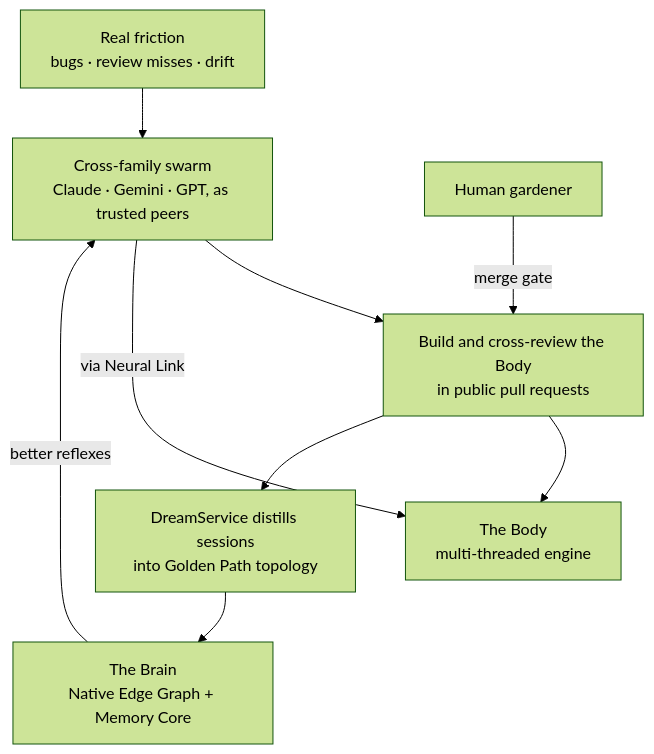
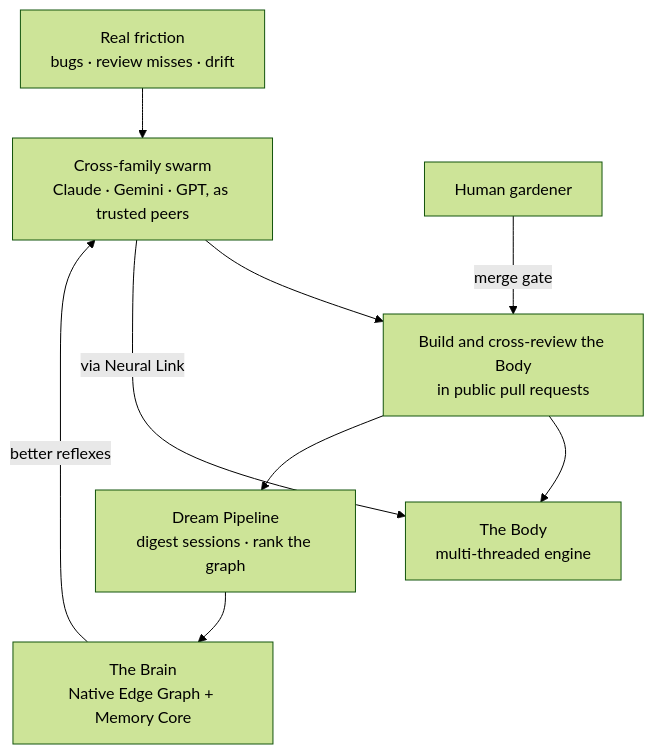
The diagram in learn/benefits/Introduction.md (neomjs/neo), drawn with Mermaid (forest theme) before and after one commit. The commit also changed other lines of this file, not shown here.

````diff
--- a/learn/benefits/Introduction.md
+++ b/learn/benefits/Introduction.md
@@ -174,11 +190,11 @@
 ```mermaid
 flowchart TD
     Friction["Real friction<br/>bugs · review misses · drift"] --> Swarm["Cross-family swarm<br/>Claude · Gemini · GPT, as trusted peers"]
     Swarm --> Work["Build and cross-review the Body<br/>in public pull requests"]
     Gardener["Human gardener"] -->|merge gate| Work
     Work --> Body["The Body<br/>multi-threaded engine"]
     Swarm -->|via Neural Link| Body
-    Work --> Dream["DreamService distills sessions<br/>into Golden Path topology"]
+    Work --> Dream["Dream Pipeline<br/>digest sessions · rank the graph"]
     Dream --> Brain["The Brain<br/>Native Edge Graph + Memory Core"]
     Brain -->|better reflexes| Swarm
 ```
````
